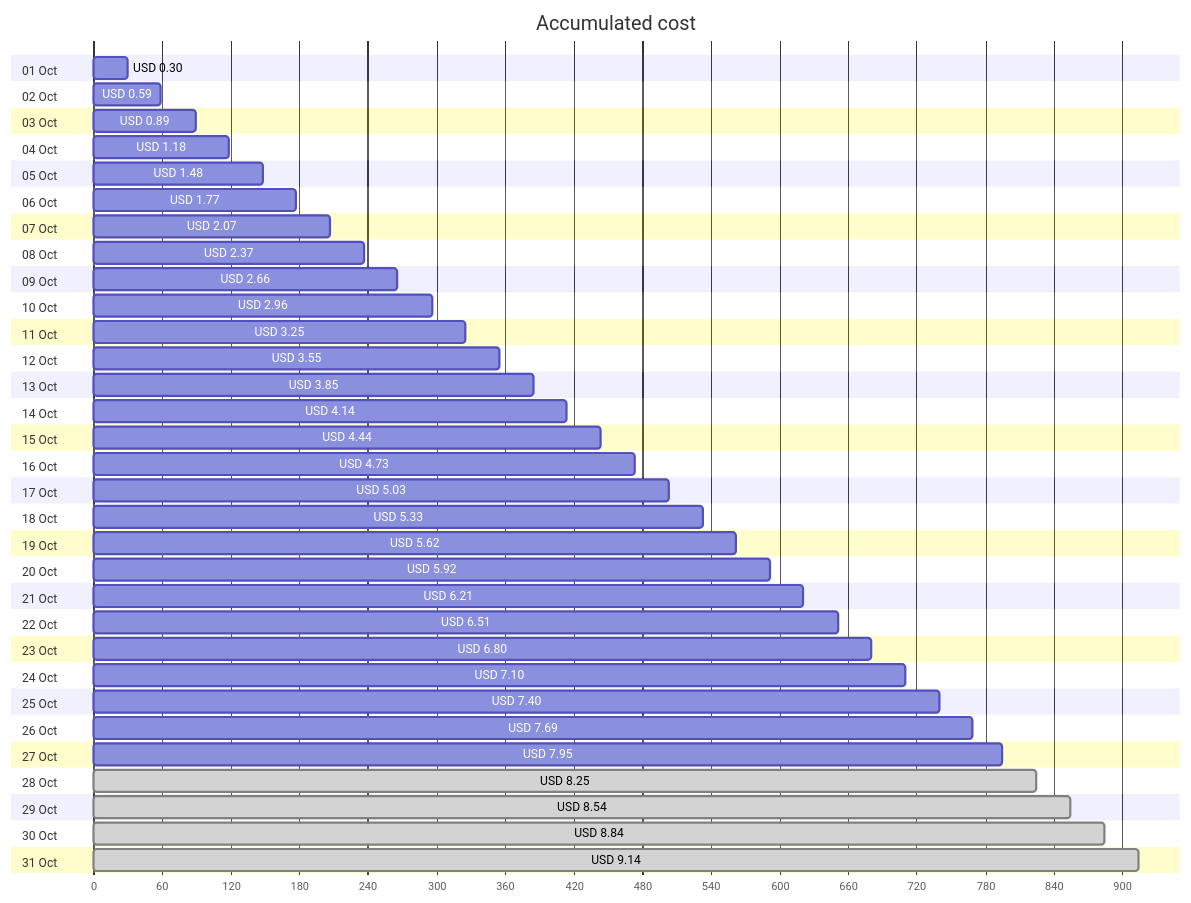
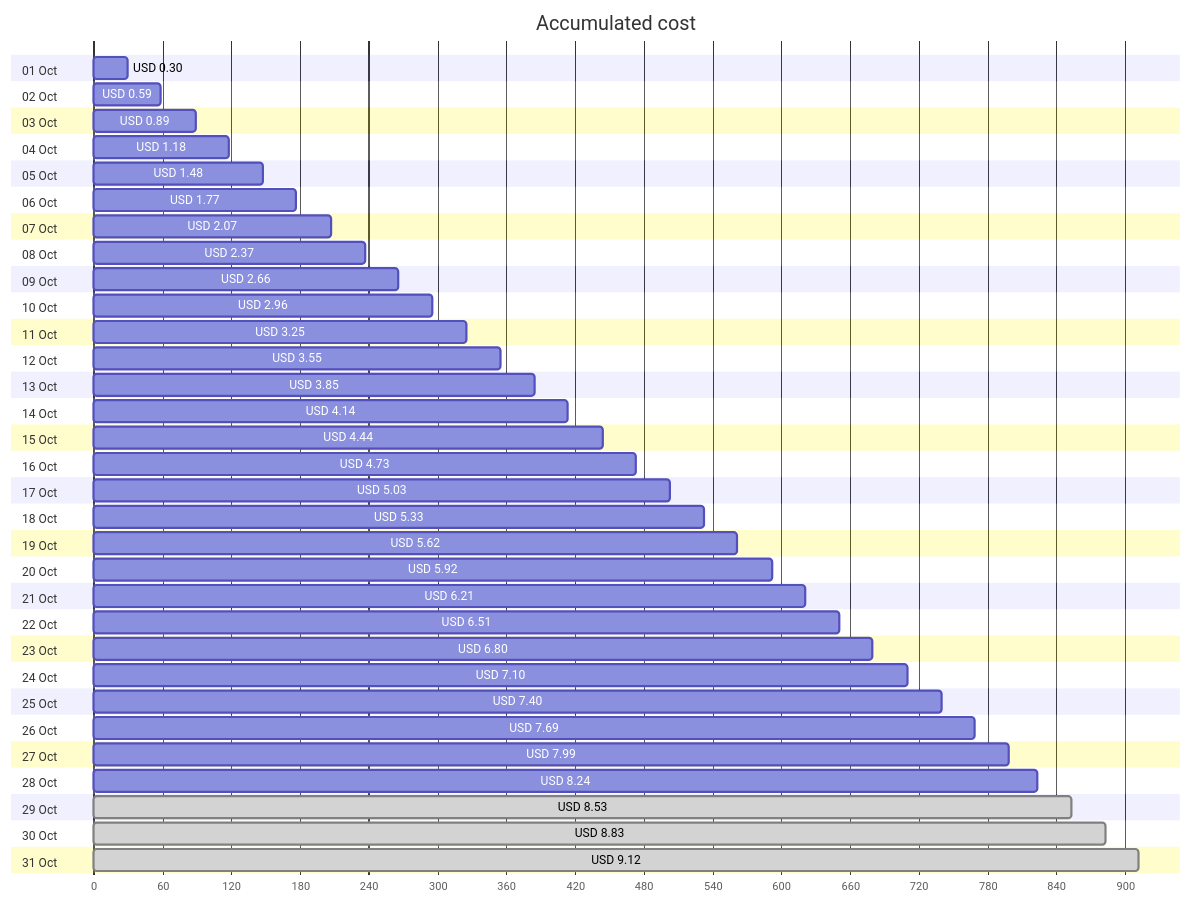
One commit to jpfulton/azure-personal-reports changed the first of 4 diagrams in cost-reports/personal-site/personal-site-preview.md. Above: the diagram before and after it, drawn with Mermaid. The commit also changed other lines of this file and 7 other files, not shown here.

````diff
--- a/cost-reports/personal-site/personal-site-preview.md
+++ b/cost-reports/personal-site/personal-site-preview.md
@@ -20,68 +20,68 @@
 ```mermaid
 gantt
    title Accumulated cost
    dateFormat  X
    axisFormat %s
    section 01 Oct
    USD 0.30 :0, 30
    section 02 Oct
    USD 0.59 :0, 59
    section 03 Oct
    USD 0.89 :0, 89
    section 04 Oct
    USD 1.18 :0, 118
    section 05 Oct
    USD 1.48 :0, 148
    section 06 Oct
    USD 1.77 :0, 177
    section 07 Oct
    USD 2.07 :0, 207
    section 08 Oct
    USD 2.37 :0, 237
    section 09 Oct
    USD 2.66 :0, 266
    section 10 Oct
    USD 2.96 :0, 296
    section 11 Oct
    USD 3.25 :0, 325
    section 12 Oct
    USD 3.55 :0, 355
    section 13 Oct
    USD 3.85 :0, 385
    section 14 Oct
    USD 4.14 :0, 414
    section 15 Oct
    USD 4.44 :0, 444
    section 16 Oct
    USD 4.73 :0, 473
    section 17 Oct
    USD 5.03 :0, 503
    section 18 Oct
    USD 5.33 :0, 533
    section 19 Oct
    USD 5.62 :0, 562
    section 20 Oct
    USD 5.92 :0, 592
    section 21 Oct
    USD 6.21 :0, 621
    section 22 Oct
    USD 6.51 :0, 651
    section 23 Oct
    USD 6.80 :0, 680
    section 24 Oct
    USD 7.10 :0, 710
    section 25 Oct
    USD 7.40 :0, 740
    section 26 Oct
    USD 7.69 :0, 769
    section 27 Oct
-   USD 7.95 :0, 795
+   USD 7.99 :0, 799
    section 28 Oct
-   USD 8.25 : done, 0, 825
+   USD 8.24 :0, 824
    section 29 Oct
-   USD 8.54 : done, 0, 854
+   USD 8.53 : done, 0, 853
    section 30 Oct
-   USD 8.84 : done, 0, 884
+   USD 8.83 : done, 0, 883
    section 31 Oct
-   USD 9.14 : done, 0, 914
+   USD 9.12 : done, 0, 912
 ```
````
